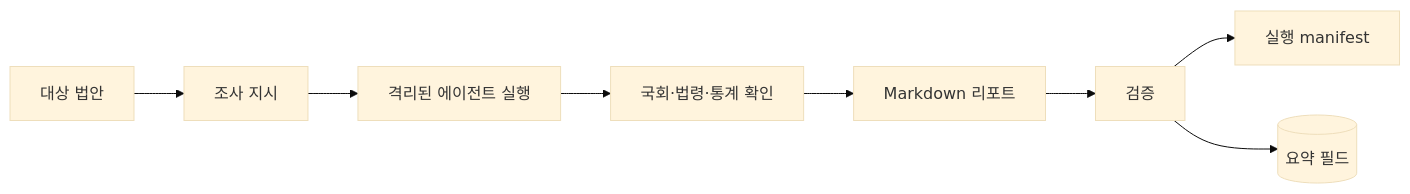
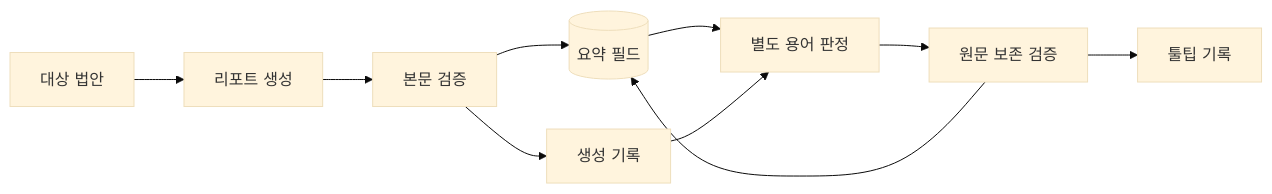
One commit to LawDigest/LawDigest changed the first of 2 diagrams in .cluedoc/ai-intelligence/agentic-bill-report/README.md. Above: the diagram before and after it, drawn with Mermaid (base theme). The commit also changed other lines of this file and 12 other files, not shown here.

````diff
--- a/.cluedoc/ai-intelligence/agentic-bill-report/README.md
+++ b/.cluedoc/ai-intelligence/agentic-bill-report/README.md
@@ -14,10 +15,12 @@
 ```mermaid
 flowchart LR
-    Target["대상 법안"] --> Prompt["조사 지시"]
-    Prompt --> Agent["격리된 에이전트 실행"]
-    Agent --> Evidence["국회·법령·통계 확인"]
-    Evidence --> Report["Markdown 리포트"]
-    Report --> Validate["검증"]
-    Validate --> Manifest["실행 manifest"]
+    Target["대상 법안"] --> ReportAgent["리포트 생성"]
+    ReportAgent --> Validate["본문 검증"]
     Validate --> Store[("요약 필드")]
+    Validate --> ReportManifest["생성 기록"]
+    Store --> TooltipAgent["별도 용어 판정"]
+    ReportManifest --> TooltipAgent
+    TooltipAgent --> TooltipValidate["원문 보존 검증"]
+    TooltipValidate --> Store
+    TooltipValidate --> TooltipManifest["툴팁 기록"]
 ```
````
